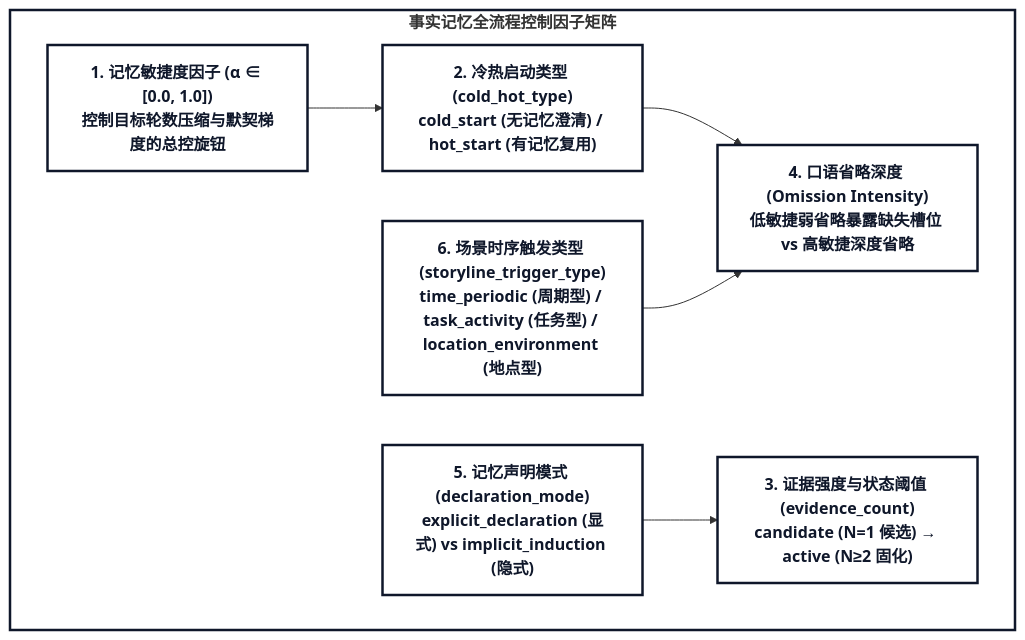
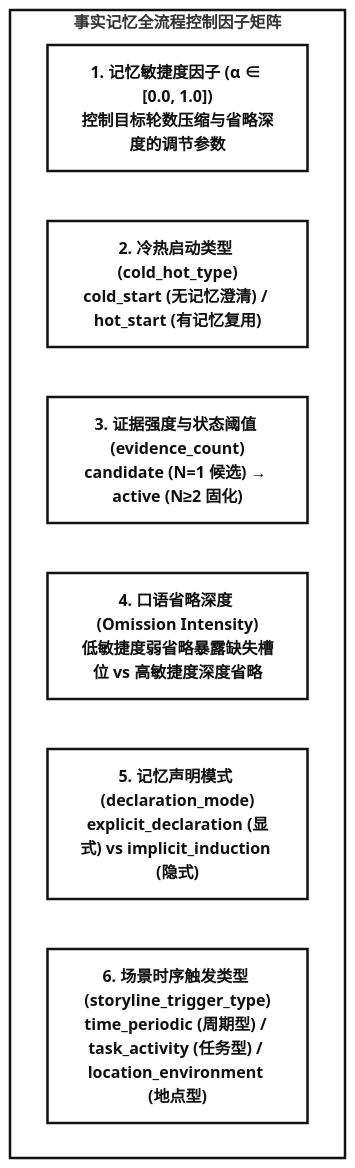
Before and after one commit to wangbanjin1/cross_data_gen: the third of 4 diagrams in docs/specs/cognitive_memory_dev_spec.md, drawn with Mermaid. The commit also changed other lines of this file and 17 other files, not shown here.

Commit message:
refactor(docs): restore native Antigravity Mermaid rendering, remove self-generated diagrams, and standardize rigorous technical terminology

````diff
--- a/docs/specs/cognitive_memory_dev_spec.md
+++ b/docs/specs/cognitive_memory_dev_spec.md
@@ -99,20 +98,15 @@
 ```mermaid
 graph TD
-    classDef default fill:#FFFFFF,stroke:#0F172A,stroke-width:2.5px,color:#0F172A,font-weight:bold;
+    classDef default fill:#FFFFFF,stroke:#111111,stroke-width:2.5px,color:#111111,font-weight:bold;
 
     subgraph ControlFactors ["<b>事实记忆全流程控制因子矩阵</b>"]
-        AF["<b>1. 记忆敏捷度因子 (α ∈ [0.0, 1.0])<br/>控制目标轮数压缩与默契梯度的总控旋钮</b>"]
-        CH["<b>2. 冷热启动类型 (cold_hot_type)<br/>cold_start (无记忆澄清) / hot_start (有记忆复用)</b>"]
-        EC["<b>3. 证据强度与状态阈值 (evidence_count)<br/>candidate (N=1 候选) → active (N≥2 固化)</b>"]
-        OI["<b>4. 口语省略深度 (Omission Intensity)<br/>低敏捷弱省略暴露缺失槽位 vs 高敏捷深度省略</b>"]
-        DM["<b>5. 记忆声明模式 (declaration_mode)<br/>explicit_declaration (显式) vs implicit_induction (隐式)</b>"]
-        TT["<b>6. 场景时序触发类型 (storyline_trigger_type)<br/>time_periodic (周期型) / task_activity (任务型) / location_environment (地点型)</b>"]
+        AF["<b>1. 记忆敏捷度因子 (α ∈ [0.0, 1.0])</b><br/>控制目标轮数压缩与省略深度的调节参数"]
+        CH["<b>2. 冷热启动类型 (cold_hot_type)</b><br/>cold_start (无记忆澄清) / hot_start (有记忆复用)"]
+        EC["<b>3. 证据强度与状态阈值 (evidence_count)</b><br/>candidate (N=1 候选) → active (N≥2 固化)"]
+        OI["<b>4. 口语省略深度 (Omission Intensity)</b><br/>低敏捷度弱省略暴露缺失槽位 vs 高敏捷度深度省略"]
+        DM["<b>5. 记忆声明模式 (declaration_mode)</b><br/>explicit_declaration (显式) vs implicit_induction (隐式)"]
+        TT["<b>6. 场景时序触发类型 (storyline_trigger_type)</b><br/>time_periodic (周期型) / task_activity (任务型) / location_environment (地点型)"]
     end
 
-    AF --> CH
-    CH --> OI
-    DM --> EC
-    TT --> OI
-
-    style ControlFactors fill:#FFFFFF,stroke:#0F172A,stroke-width:2.5px;
+    style ControlFactors fill:#FFFFFF,stroke:#111111,stroke-width:2.5px;
 ```
````
